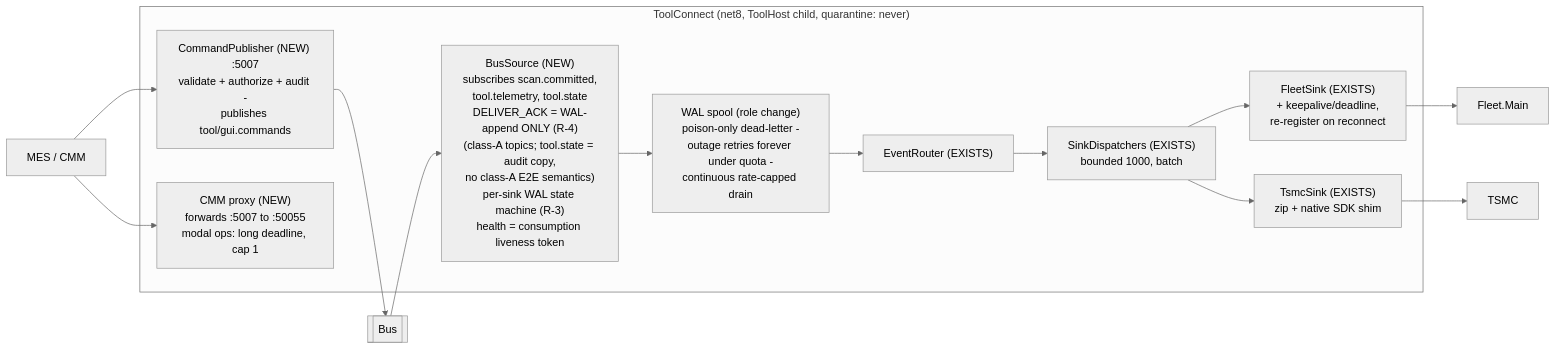
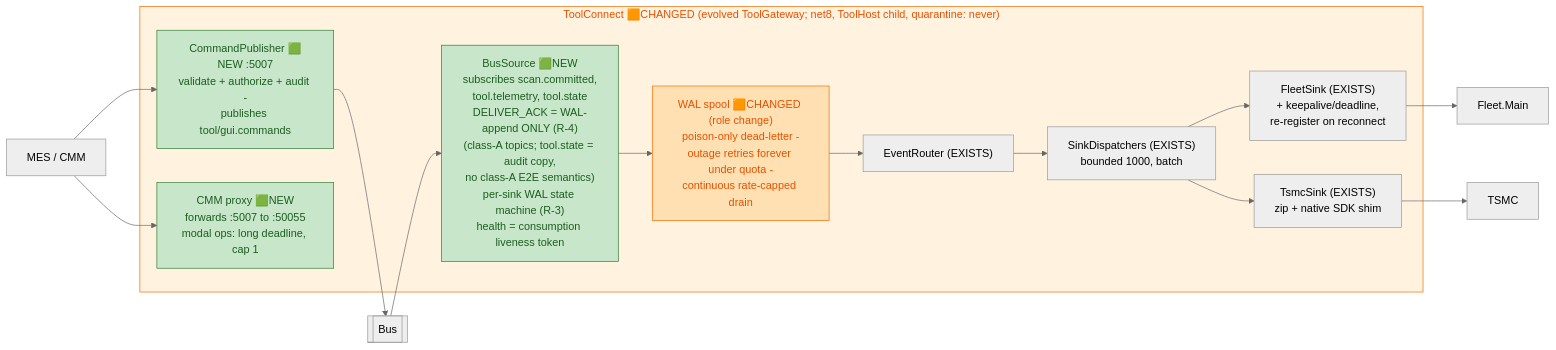
One commit to amitA-camtek/bus_gateway changed the ninth of 15 diagrams in stage/01-system-architecture.md. Above: the diagram before and after it, drawn with Mermaid (neutral theme). The commit also changed other lines of this file and 11 other files, not shown here.

````diff
--- a/stage/01-system-architecture.md
+++ b/stage/01-system-architecture.md
@@ -203,22 +237,28 @@
 ```mermaid
 flowchart LR
     BUSG[["Bus"]]
-    subgraph G["ToolConnect (net8, ToolHost child, quarantine: never)"]
-        BS["BusSource (NEW)\nsubscribes scan.committed,\ntool.telemetry, tool.state\nDELIVER_ACK = WAL-append ONLY (R-4)\n(class-A topics; tool.state = audit copy,\nno class-A E2E semantics)\nper-sink WAL state machine (R-3)\nhealth = consumption liveness token"]
-        CP["CommandPublisher (NEW) :5007\nvalidate + authorize + audit -\npublishes tool/gui.commands"]
+    subgraph G["ToolConnect 🟧CHANGED (evolved ToolGateway; net8, ToolHost child, quarantine: never)"]
+        BS["BusSource 🟩NEW\nsubscribes scan.committed,\ntool.telemetry, tool.state\nDELIVER_ACK = WAL-append ONLY (R-4)\n(class-A topics; tool.state = audit copy,\nno class-A E2E semantics)\nper-sink WAL state machine (R-3)\nhealth = consumption liveness token"]
+        CP["CommandPublisher 🟩NEW :5007\nvalidate + authorize + audit -\npublishes tool/gui.commands"]
         ER["EventRouter (EXISTS)"]
         SD["SinkDispatchers (EXISTS)\nbounded 1000, batch"]
         FS["FleetSink (EXISTS)\n+ keepalive/deadline,\nre-register on reconnect"]
         TSK["TsmcSink (EXISTS)\nzip + native SDK shim"]
-        SP["WAL spool (role change)\npoison-only dead-letter -\noutage retries forever under quota -\ncontinuous rate-capped drain"]
-        PRX["CMM proxy (NEW)\nforwards :5007 to :50055\nmodal ops: long deadline, cap 1"]
+        SP["WAL spool 🟧CHANGED (role change)\npoison-only dead-letter -\noutage retries forever under quota -\ncontinuous rate-capped drain"]
+        PRX["CMM proxy 🟩NEW\nforwards :5007 to :50055\nmodal ops: long deadline, cap 1"]
     end
     FLEETG["Fleet.Main"]
     TSMCG["TSMC"]
     MESG["MES / CMM"]
 
     BUSG --> BS --> SP --> ER --> SD --> FS --> FLEETG
     SD --> TSK --> TSMCG
     MESG --> CP --> BUSG
     MESG --> PRX
+
+    classDef new fill:#C8E6C9,stroke:#2E7D32,color:#1B5E20;
+    classDef changed fill:#FFE0B2,stroke:#EF6C00,color:#E65100;
+    class BS,CP,PRX new;
+    class SP changed;
+    style G fill:#FFF3E0,stroke:#EF6C00,color:#E65100;
 ```
````
